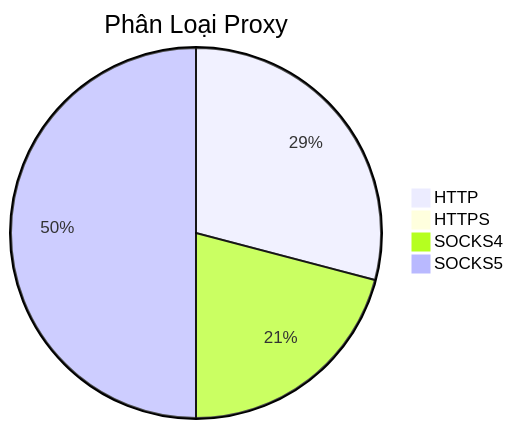
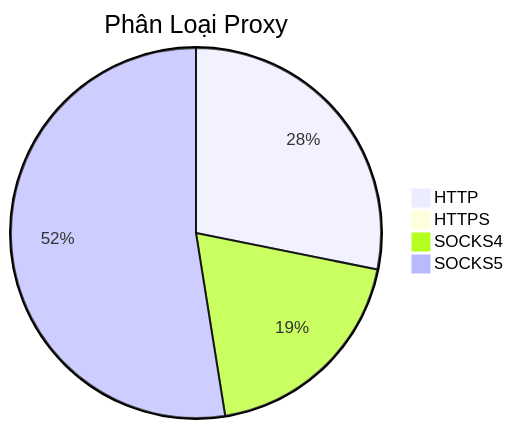
Before and after one commit to Ciara-12/PROXY-free: the diagram in README.md, drawn with Mermaid. The commit also changed other lines of this file and 4 other files, not shown here.

````diff
--- a/README.md
+++ b/README.md
@@ -26,7 +26,7 @@
 ```mermaid
 pie title Phân Loại Proxy
-    "HTTP" : 384
-    "HTTPS" : 3
-    "SOCKS4" : 276
-    "SOCKS5" : 660
+    "HTTP" : 525
+    "HTTPS" : 4
+    "SOCKS4" : 360
+    "SOCKS5" : 979
 ```
````
